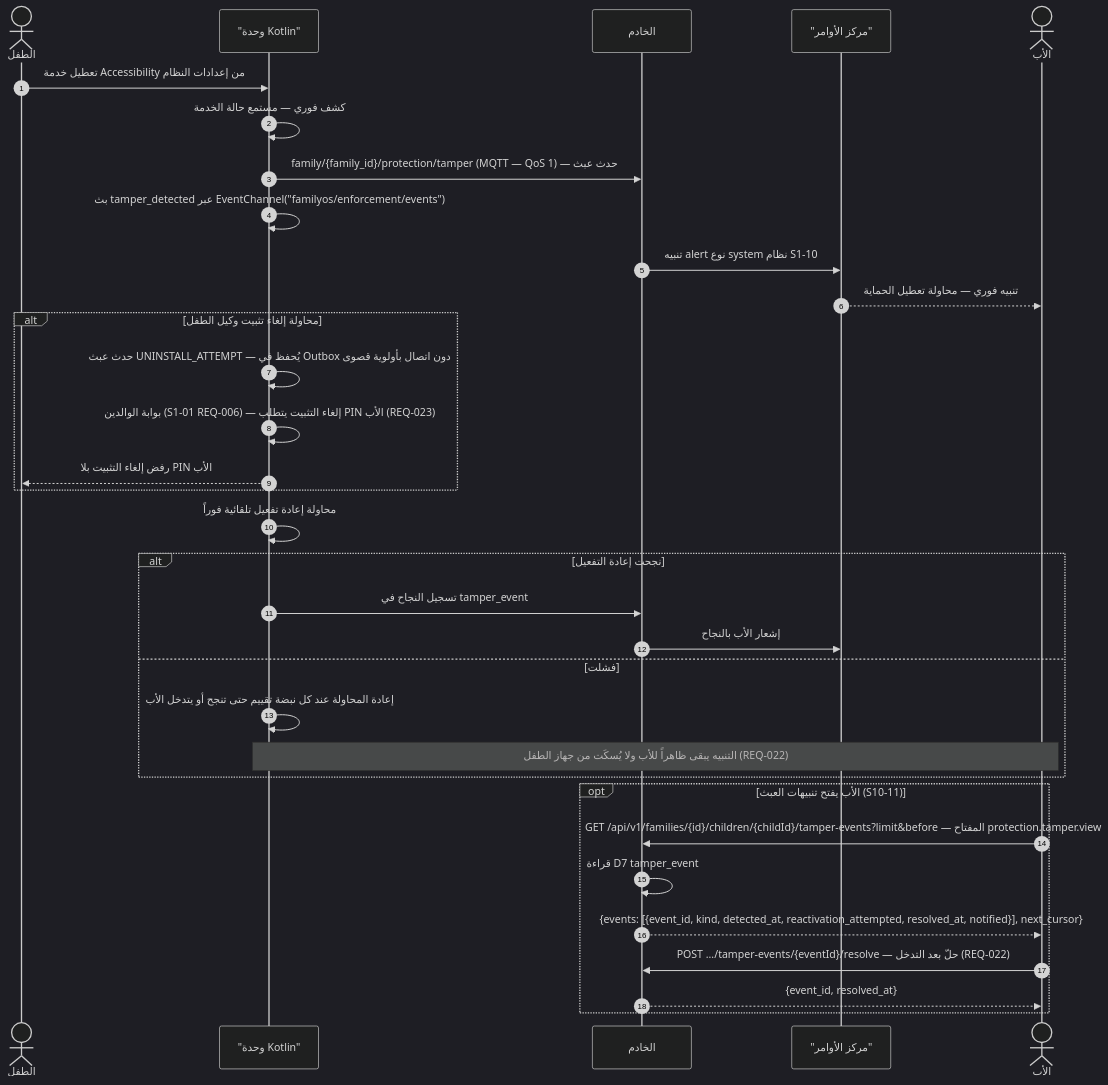
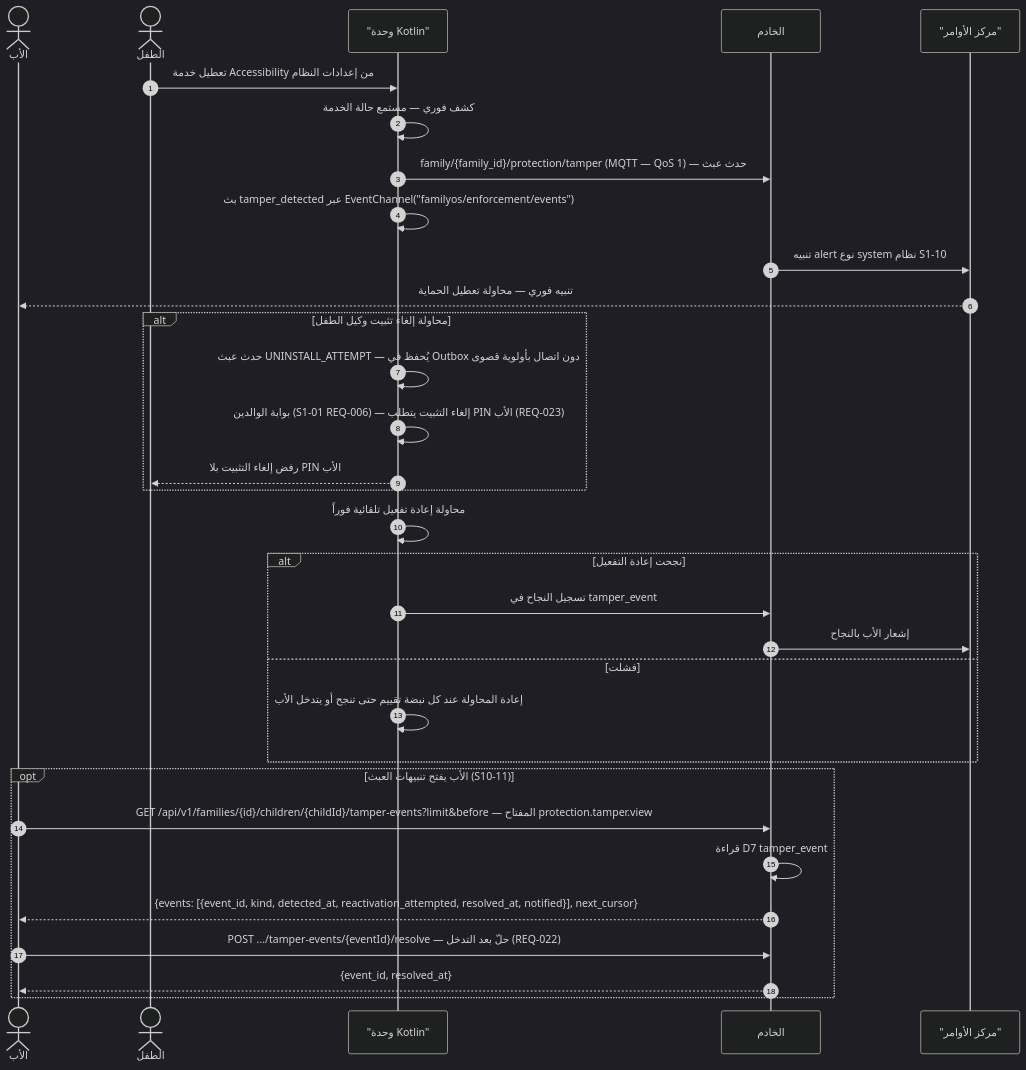
Diagram 11 of 30 in docs/family-os/governance/phases/phase-1/S1-10-protection-and-enforcement/DIAGRAMS.md (Bassam-mohammed-alqaeadi/family-os-v2), drawn with Mermaid (dark theme) before and after one commit. The commit also changed other lines of this file, not shown here.

````diff
--- a/docs/family-os/governance/phases/phase-1/S1-10-protection-and-enforcement/DIAGRAMS.md
+++ b/docs/family-os/governance/phases/phase-1/S1-10-protection-and-enforcement/DIAGRAMS.md
@@ -475,35 +565,34 @@
 ```mermaid
 sequenceDiagram
     autonumber
+    actor Father as الأب
     actor Child as الطفل
     participant K as "وحدة Kotlin"
     participant Ktor as الخادم
     participant S109 as "مركز الأوامر"
-    actor Father as الأب
     Child->>K: تعطيل خدمة Accessibility من إعدادات النظام
     K->>K: كشف فوري — مستمع حالة الخدمة
     K->>Ktor: family/{family_id}/protection/tamper (MQTT — QoS 1) — حدث عبث
     K->>K: بث tamper_detected عبر EventChannel("familyos/enforcement/events")
     Ktor->>S109: تنبيه alert نوع system نظام S1-10
     S109-->>Father: تنبيه فوري — محاولة تعطيل الحماية
     alt محاولة إلغاء تثبيت وكيل الطفل
         K->>K: حدث عبث UNINSTALL_ATTEMPT — يُحفظ في Outbox دون اتصال بأولوية قصوى
         K->>K: بوابة الوالدين (S1-01 REQ-006) — إلغاء التثبيت يتطلب PIN الأب (REQ-023)
         K-->>Child: رفض إلغاء التثبيت بلا PIN الأب
     end
     K->>K: محاولة إعادة تفعيل تلقائية فوراً
     alt نجحت إعادة التفعيل
         K->>Ktor: تسجيل النجاح في tamper_event
         Ktor->>S109: إشعار الأب بالنجاح
     else فشلت
         K->>K: إعادة المحاولة عند كل نبضة تقييم حتى تنجح أو يتدخل الأب
-        Note over K,Father: التنبيه يبقى ظاهراً للأب ولا يُسكَت من جهاز الطفل (REQ-022)
     end
     opt الأب يفتح تنبيهات العبث (S10-11)
         Father->>Ktor: GET /api/v1/families/{id}/children/{childId}/tamper-events?limit&before — المفتاح protection.tamper.view
         Ktor->>Ktor: قراءة D7 tamper_event
         Ktor-->>Father: {events: [{event_id, kind, detected_at, reactivation_attempted, resolved_at, notified}], next_cursor}
         Father->>Ktor: POST .../tamper-events/{eventId}/resolve — حلّ بعد التدخل (REQ-022)
         Ktor-->>Father: {event_id, resolved_at}
     end
 ```
````
